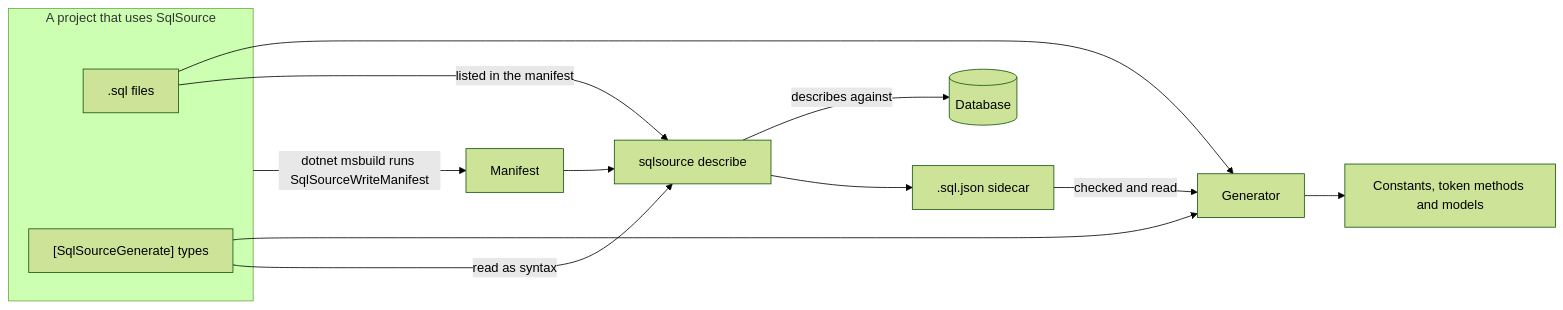
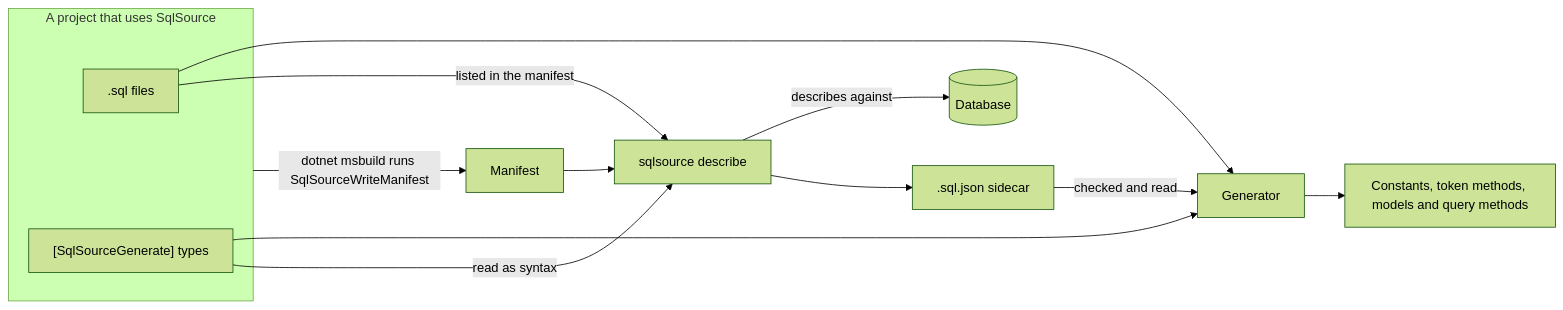
One commit to mbcrawfo/SqlSource changed the diagram in docs/architecture/README.md. Above: the diagram before and after it, drawn with Mermaid (forest theme). The commit also changed other lines of this file and 27 other files, not shown here.

````diff
--- a/docs/architecture/README.md
+++ b/docs/architecture/README.md
@@ -14,17 +14,17 @@
 ```mermaid
 flowchart LR
     subgraph project["A project that uses SqlSource"]
         sql[".sql files"]
         attribute["[SqlSourceGenerate] types"]
     end
     sql --> generator["Generator"]
     attribute --> generator
-    generator --> code["Constants, token methods and models"]
+    generator --> code["Constants, token methods, models and query methods"]
     project -->|"dotnet msbuild runs SqlSourceWriteManifest"| manifest["Manifest"]
     manifest --> tool["sqlsource describe"]
     sql -->|"listed in the manifest"| tool
     attribute -->|"read as syntax"| tool
     tool -->|"describes against"| database[("Database")]
     tool --> sidecar[".sql.json sidecar"]
     sidecar -->|"checked and read"| generator
 ```
````
